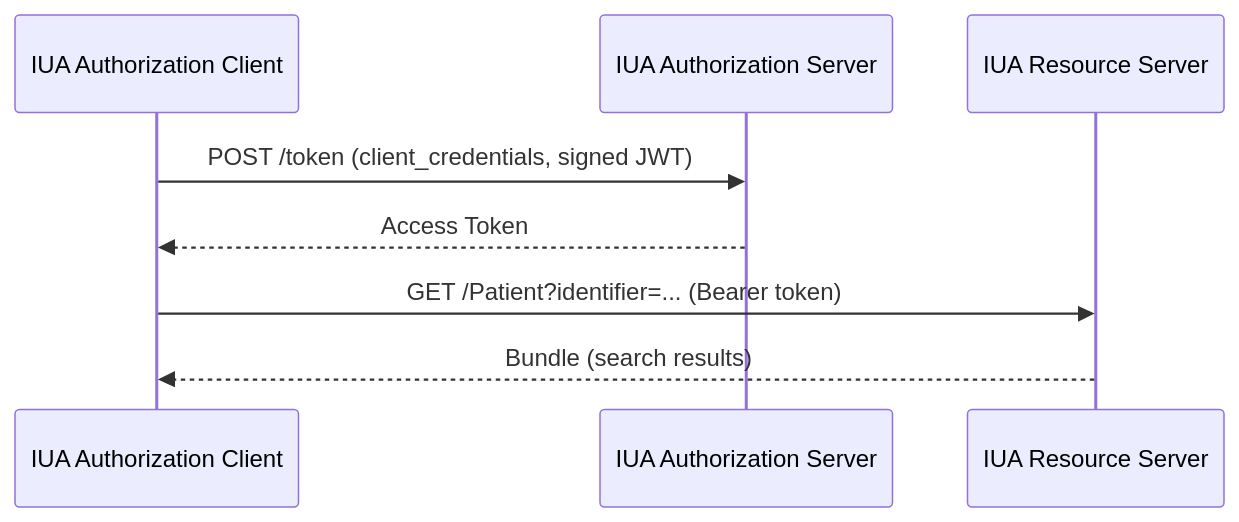
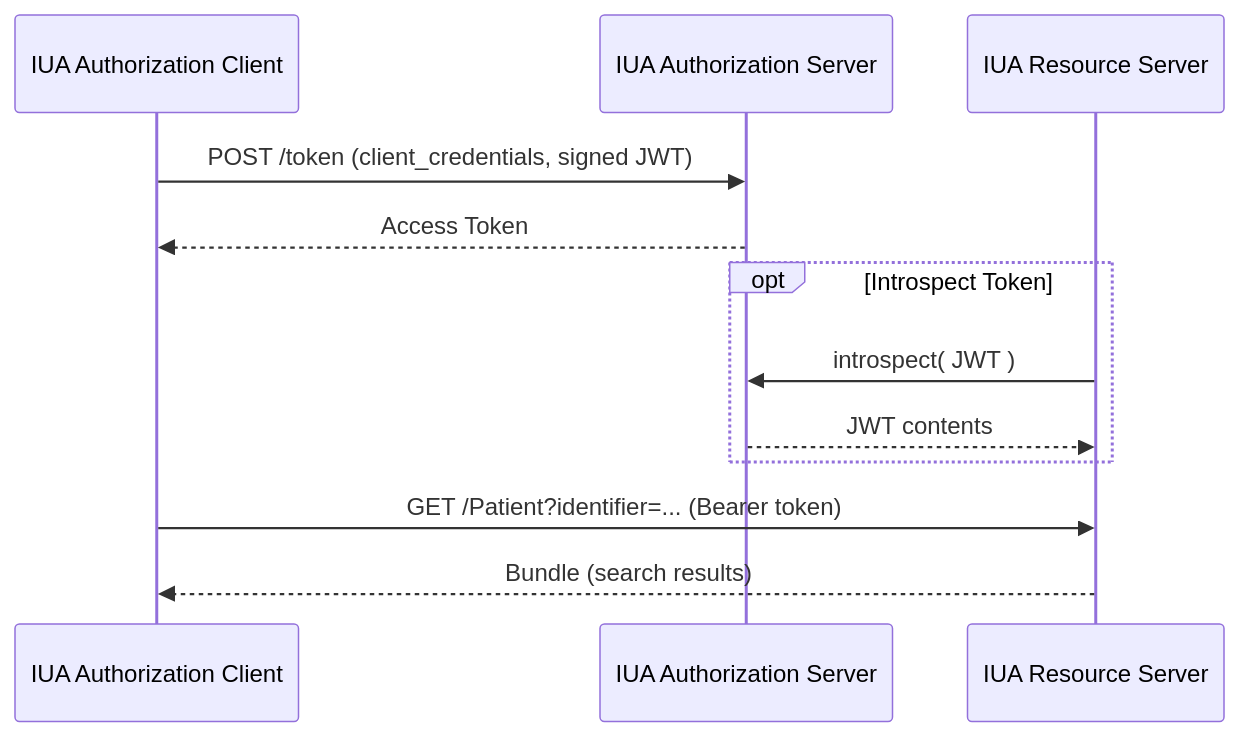
One commit to euridice-org/jwg-api changed the diagram in input/pagecontent/authorization.md. Above: the diagram before and after it, drawn with Mermaid. The commit also changed other lines of this file and 6 other files, not shown here.

````diff
--- a/input/pagecontent/authorization.md
+++ b/input/pagecontent/authorization.md
@@ -17,12 +18,17 @@
 ```mermaid
 sequenceDiagram
     participant Client as IUA Authorization Client
     participant AuthZ as IUA Authorization Server
     participant Resource as IUA Resource Server
 
     Client->>AuthZ: POST /token (client_credentials, signed JWT)
     AuthZ-->>Client: Access Token
 
+    opt Introspect Token
+        Resource ->> AuthZ: introspect( JWT )
+        AuthZ -->> Resource: JWT contents
+    end
+
     Client->>Resource: GET /Patient?identifier=... (Bearer token)
     Resource-->>Client: Bundle (search results)
 ```
````
